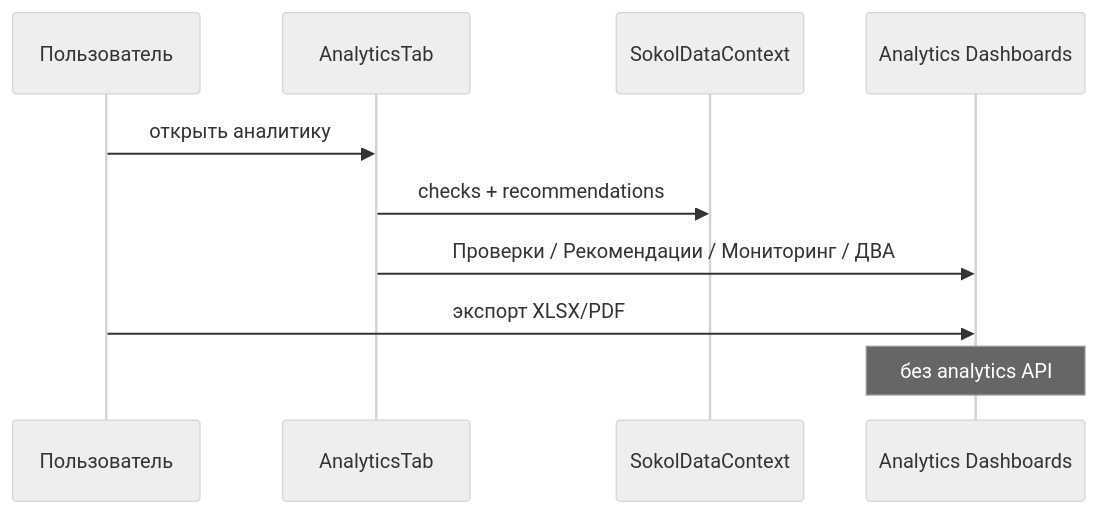
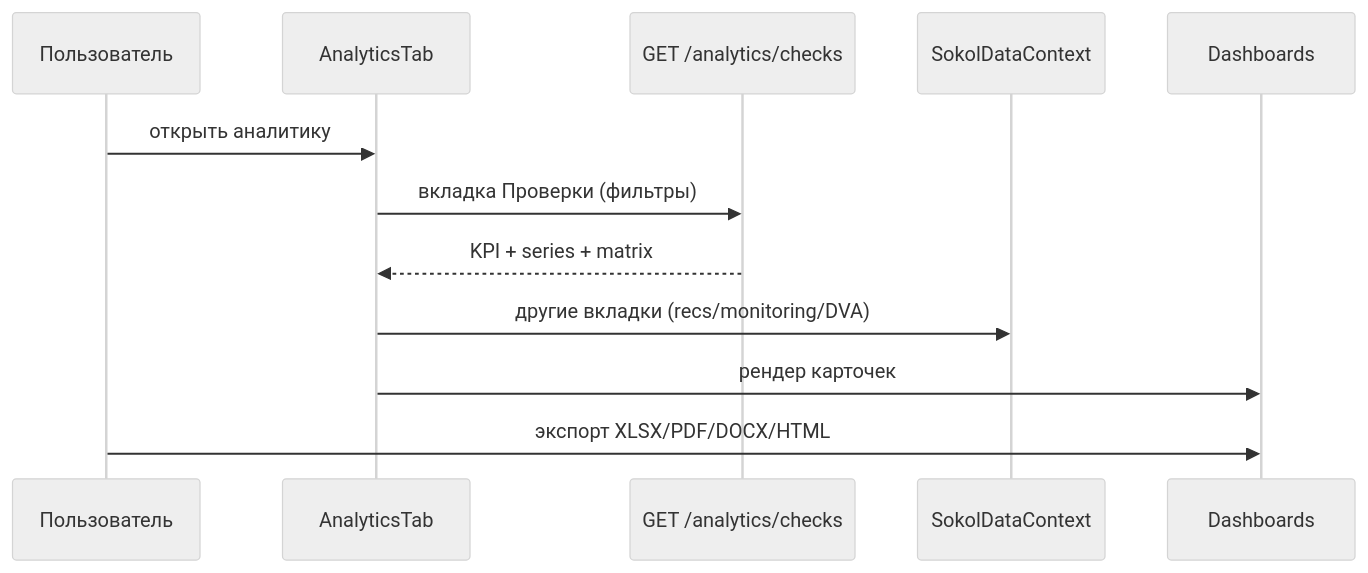
The fourth of 6 diagrams in sokol-frontend/docs/USER_STORIES.md (sweetd0vee/sokol), drawn with Mermaid (neutral theme) before and after one commit. The commit also changed other lines of this file and 57 other files, not shown here.

````diff
--- a/sokol-frontend/docs/USER_STORIES.md
+++ b/sokol-frontend/docs/USER_STORIES.md
@@ -145,12 +148,14 @@
 ```mermaid
 sequenceDiagram
   participant U as Пользователь
   participant AT as AnalyticsTab
+  participant API as GET /analytics/checks
   participant SD as SokolDataContext
-  participant Dash as Analytics Dashboards
+  participant Dash as Dashboards
   U->>AT: открыть аналитику
-  AT->>SD: checks + recommendations
-  AT->>Dash: Проверки / Рекомендации / Мониторинг / ДВА
-  U->>Dash: экспорт XLSX/PDF
-  Note over Dash: без analytics API
+  AT->>API: вкладка Проверки (фильтры)
+  API-->>AT: KPI + series + matrix
+  AT->>SD: другие вкладки (recs/monitoring/DVA)
+  AT->>Dash: рендер карточек
+  U->>Dash: экспорт XLSX/PDF/DOCX/HTML
 ```
````
